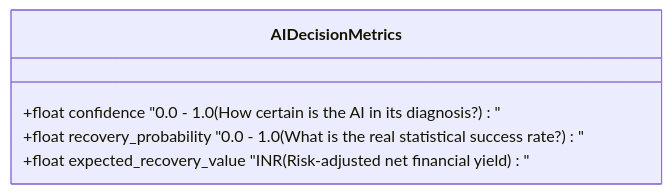
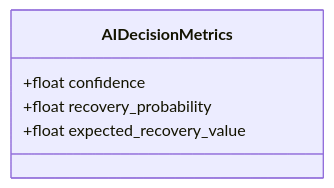
The third of 4 diagrams in docs/AI_DECISION_ENGINE.md (TwilightDawn7/AI-Revenue-Recovery-Agent), drawn with Mermaid before and after one commit. The commit also changed other lines of this file and 5 other files, not shown here.

Commit message:
fix(docs): resolve Mermaid syntax and parser compatibility issues in architecture and spec diagrams

````diff
--- a/docs/AI_DECISION_ENGINE.md
+++ b/docs/AI_DECISION_ENGINE.md
@@ -123,8 +128,8 @@
 ```mermaid
 classDiagram
     class AIDecisionMetrics {
-        +float confidence "0.0 - 1.0 (How certain is the AI in its diagnosis?)"
-        +float recovery_probability "0.0 - 1.0 (What is the real statistical success rate?)"
-        +float expected_recovery_value "INR (Risk-adjusted net financial yield)"
+        +float confidence
+        +float recovery_probability
+        +float expected_recovery_value
     }
 ```
````
